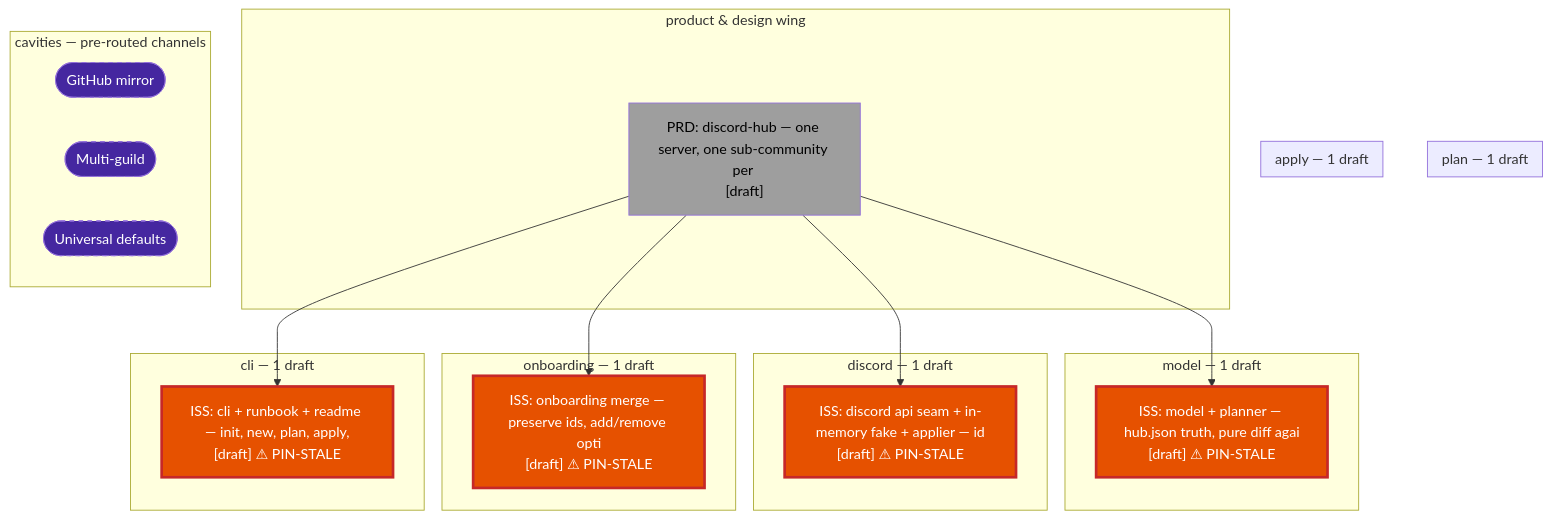
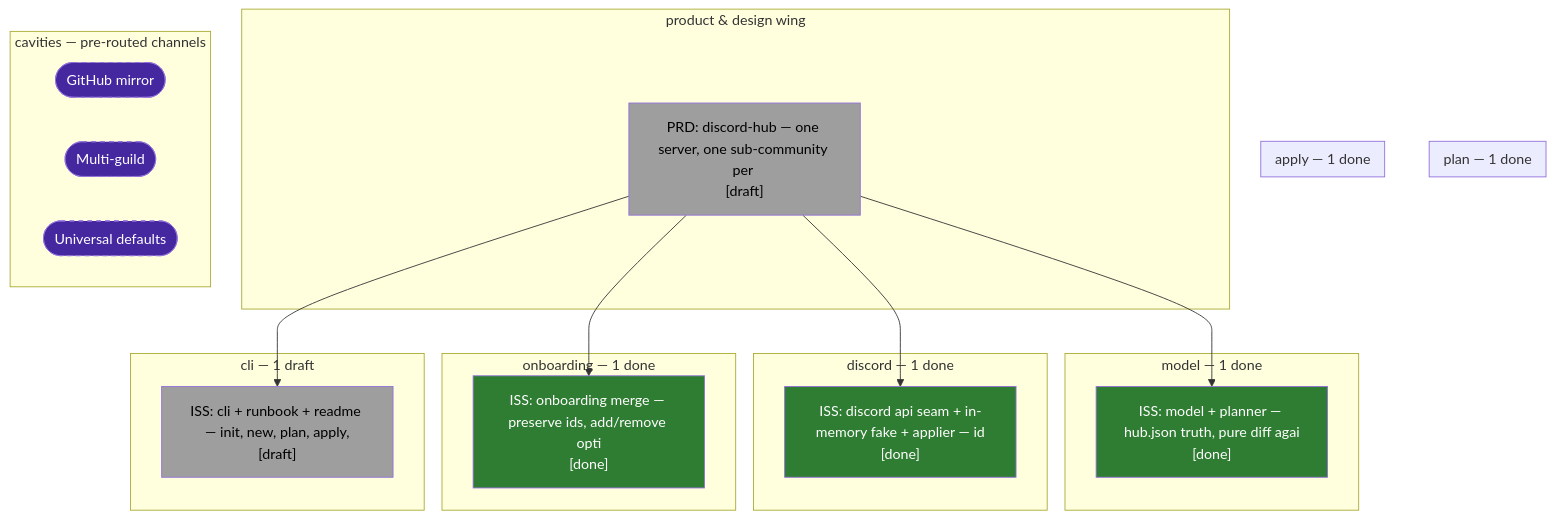
One commit to ajkatz/discord-hub changed the diagram in mural/map.md. Above: the diagram before and after it, drawn with Mermaid. The commit also changed other lines of this file and 22 other files, not shown here.

Commit message:
discord-hub: PRD v3 (REQ-003 triage bot, announcer, pi deploy), three issue specs, failing suites for D-G

````diff
--- a/mural/map.md
+++ b/mural/map.md
@@ -6,43 +6,43 @@
 ```mermaid
 flowchart TD
-    subgraph R_model["model — 1 draft"]
-        ISS_01M4YRK271FFV7JQGVRH31XMB5["ISS: model + planner — hub.json truth, pure diff agai<br/>[draft] ⚠ PIN-STALE"]:::pinstale
+    subgraph R_model["model — 1 done"]
+        ISS_01M4YRK271FFV7JQGVRH31XMB5["ISS: model + planner — hub.json truth, pure diff agai<br/>[done]"]:::done
     end
-    subgraph R_plan["plan — 1 draft"]
-        ISS_01M4YRK271FFV7JQGVRH31XMB5["ISS: model + planner — hub.json truth, pure diff agai<br/>[draft] ⚠ PIN-STALE"]:::pinstale
+    subgraph R_plan["plan — 1 done"]
+        ISS_01M4YRK271FFV7JQGVRH31XMB5["ISS: model + planner — hub.json truth, pure diff agai<br/>[done]"]:::done
     end
-    subgraph R_discord["discord — 1 draft"]
-        ISS_01M4YRK28WWY8PXJ54M3MNX4M0["ISS: discord api seam + in-memory fake + applier — id<br/>[draft] ⚠ PIN-STALE"]:::pinstale
+    subgraph R_discord["discord — 1 done"]
+        ISS_01M4YRK28WWY8PXJ54M3MNX4M0["ISS: discord api seam + in-memory fake + applier — id<br/>[done]"]:::done
     end
-    subgraph R_apply["apply — 1 draft"]
-        ISS_01M4YRK28WWY8PXJ54M3MNX4M0["ISS: discord api seam + in-memory fake + applier — id<br/>[draft] ⚠ PIN-STALE"]:::pinstale
+    subgraph R_apply["apply — 1 done"]
+        ISS_01M4YRK28WWY8PXJ54M3MNX4M0["ISS: discord api seam + in-memory fake + applier — id<br/>[done]"]:::done
     end
-    subgraph R_onboarding["onboarding — 1 draft"]
-        ISS_01M4YRK2AMTS9NS8QGGV8PZRCV["ISS: onboarding merge — preserve ids, add/remove opti<br/>[draft] ⚠ PIN-STALE"]:::pinstale
+    subgraph R_onboarding["onboarding — 1 done"]
+        ISS_01M4YRK2AMTS9NS8QGGV8PZRCV["ISS: onboarding merge — preserve ids, add/remove opti<br/>[done]"]:::done
     end
     subgraph R_cli["cli — 1 draft"]
-        ISS_01M4YRK2CD4S2WNDHCEFJPFZVH["ISS: cli + runbook + readme — init, new, plan, apply,<br/>[draft] ⚠ PIN-STALE"]:::pinstale
+        ISS_01M4YRK2CD4S2WNDHCEFJPFZVH["ISS: cli + runbook + readme — init, new, plan, apply,<br/>[draft]"]:::draft
     end
     subgraph WING["product & design wing"]
         PRD_01M4YRFMPVGJJ0XENSA97NBGBW["PRD: discord-hub — one server, one sub-community per <br/>[draft]"]:::draft
     end
     subgraph CAV["cavities — pre-routed channels"]
         C_GitHub_mirror(["GitHub mirror"]):::cavity
         C_Multi_guild(["Multi-guild"]):::cavity
         C_Universal_defaults(["Universal defaults"]):::cavity
     end
     PRD_01M4YRFMPVGJJ0XENSA97NBGBW --> ISS_01M4YRK271FFV7JQGVRH31XMB5
     PRD_01M4YRFMPVGJJ0XENSA97NBGBW --> ISS_01M4YRK28WWY8PXJ54M3MNX4M0
     PRD_01M4YRFMPVGJJ0XENSA97NBGBW --> ISS_01M4YRK2AMTS9NS8QGGV8PZRCV
     PRD_01M4YRFMPVGJJ0XENSA97NBGBW --> ISS_01M4YRK2CD4S2WNDHCEFJPFZVH
     classDef done fill:#2e7d32,color:#fff
     classDef ready fill:#1565c0,color:#fff
     classDef inprog fill:#f9a825,color:#000
     classDef draft fill:#9e9e9e,color:#000
     classDef bad fill:#c62828,color:#fff
     classDef active fill:#00695c,color:#fff
     classDef other fill:#6a1b9a,color:#fff
     classDef pinstale fill:#e65100,color:#fff,stroke:#c62828,stroke-width:3px
     classDef cavity fill:#4527a0,color:#fff,stroke-dasharray: 5 5
     classDef empty fill:transparent,stroke:transparent
 ```
````
